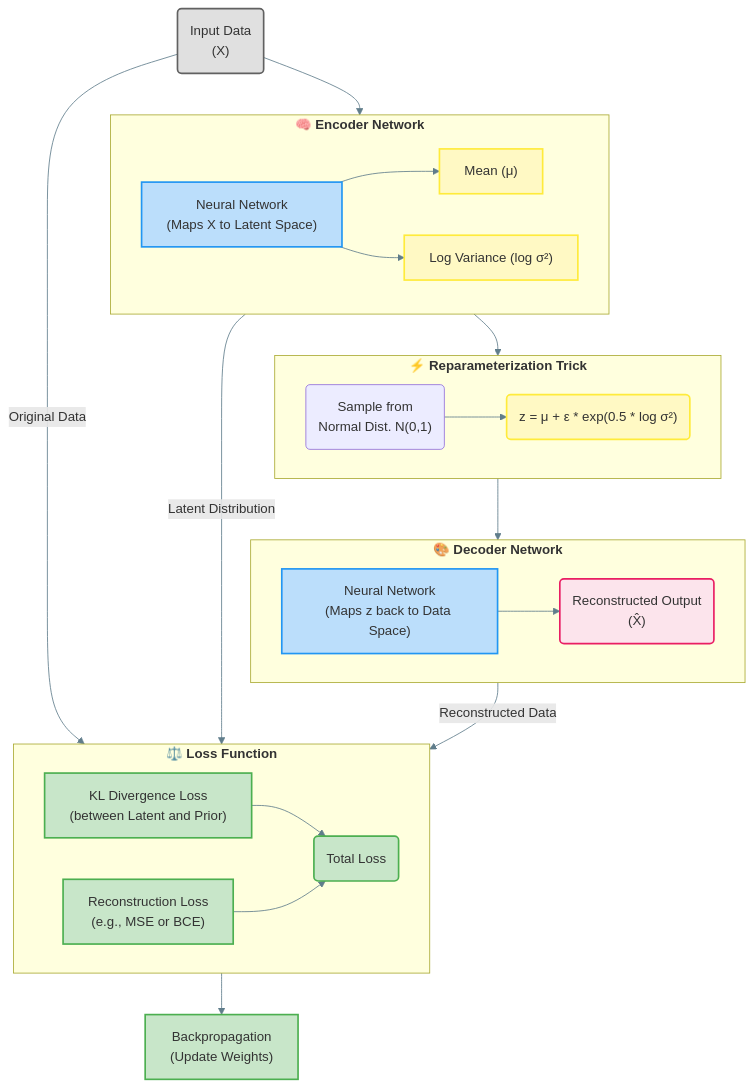
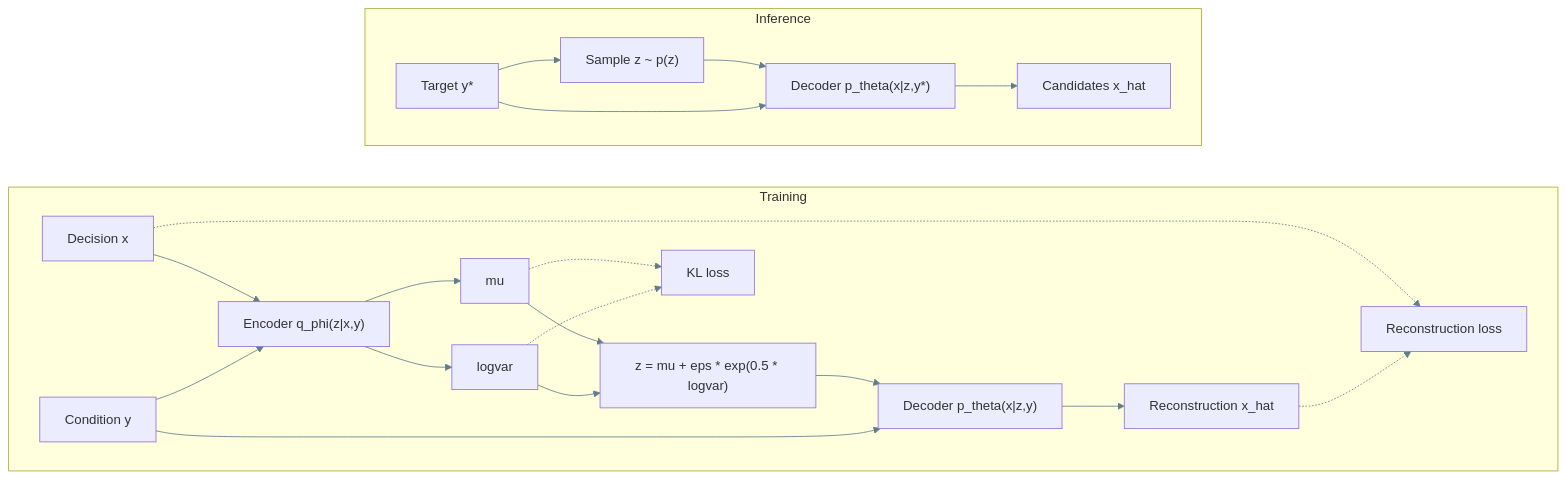
Before and after one commit to Nicola-Ibrahim/Tracing-Objectives-Backwards: the diagram in docs/modeling/conditional-vae.md, drawn with Mermaid. The commit also changed other lines of this file and 3 other files, not shown here.

Commit message:
Refactor documentation: add Conditional VAE and Mixture Density Network estimators; remove obsolete MDN inverse mapping process

````diff
--- a/docs/modeling/conditional-vae.md
+++ b/docs/modeling/conditional-vae.md
@@ -173,67 +25,44 @@
 ```mermaid
 %%{init: {
   "theme": "default",
   "themeVariables": {
     "primaryColor": "#E3F2FD",
-    "primaryBorderColor": "#0091EA",
-    "primaryTextColor": "#1976D2",
+    "primaryBorderColor": "#1E88E5",
+    "primaryTextColor": "#1565C0",
     "secondaryColor": "#E8F5E9",
-    "secondaryBorderColor": "#4CAF50",
-    "secondaryTextColor": "#1B5E20",
-    "tertiaryColor": "#FFFDE7",
-    "tertiaryBorderColor": "#FFC107",
-    "tertiaryTextColor": "#E65100",
+    "secondaryBorderColor": "#43A047",
+    "secondaryTextColor": "#2E7D32",
+    "tertiaryColor": "#FFF8E1",
+    "tertiaryBorderColor": "#FB8C00",
+    "tertiaryTextColor": "#EF6C00",
     "lineColor": "#607D8B",
     "fontFamily": "Segoe UI, sans-serif",
-    "fontSize": "16px",
-    "nodeSpacing": 50,
-    "rankSpacing": 100
+    "fontSize": "16px"
   }
 }}%%
-graph TD
-    classDef input fill:#E0E0E0,stroke:#616161,stroke-width:2px;
-    classDef layer fill:#BBDEFB,stroke:#2196F3,stroke-width:2px;
-    classDef process fill:#C8E6C9,stroke:#4CAF50,stroke-width:2px;
-    classDef latent fill:#FFF9C4,stroke:#FFEB3B,stroke-width:2px;
-    classDef output fill:#FCE4EC,stroke:#E91E63,stroke-width:2px;
+flowchart LR
+  subgraph TRAIN["Training"]
+    direction LR
+    x_in["Decision x"] --> enc["Encoder q_phi(z|x,y)"]
+    y_in["Condition y"] --> enc
+    enc --> mu["mu"]
+    enc --> logvar["logvar"]
+    mu --> reparam["z = mu + eps * exp(0.5 * logvar)"]
+    logvar --> reparam
+    reparam --> dec["Decoder p_theta(x|z,y)"]
+    y_in --> dec
+    dec --> x_hat["Reconstruction x_hat"]
+    x_in -.-> recon_loss["Reconstruction loss"]
+    x_hat -.-> recon_loss
+    mu -.-> kl_loss["KL loss"]
+    logvar -.-> kl_loss
+  end
 
-    A("Input Data<br>(X)"):::input
-    
-    subgraph S1["<b>🧠 Encoder Network</b>"]
-        direction LR
-        B["Neural Network<br>(Maps X to Latent Space)"]:::layer
-        B --> C1["Mean (μ)"]:::latent
-        B --> C2["Log Variance (log σ²)"]:::latent
-    end
-    
-    subgraph S2["<b>⚡ Reparameterization Trick</b>"]
-        direction LR
-        E("z = μ + ε * exp(0.5 * log σ²)"):::latent
-        D("Sample from<br>Normal Dist. N(0,1)") --> E
-    end
-    
-    subgraph S3["<b>🎨 Decoder Network</b>"]
-        direction LR
-        F["Neural Network<br>(Maps z back to Data Space)"]:::layer
-        F --> G("Reconstructed Output<br>(X̂)"):::output
-    end
-
-    subgraph S4["<b>⚖️ Loss Function</b>"]
-        direction LR
-        H["KL Divergence Loss<br>(between Latent and Prior)"]:::process
-        I["Reconstruction Loss<br>(e.g., MSE or BCE)"]:::process
-        H --> J("Total Loss"):::process
-        I --> J
-    end
-    
-    A --> S1
-    S1 --> S2
-    S2 --> S3
-    
-    A -- Original Data --> I
-    G -- Reconstructed Data --> I
-    
-    S1 -- Latent Distribution --> H
-    
-    J --> K["Backpropagation<br>(Update Weights)"]:::process
+  subgraph INFER["Inference"]
+    direction LR
+    y_star["Target y*"] --> prior["Sample z ~ p(z)"]
+    prior --> dec_inf["Decoder p_theta(x|z,y*)"]
+    y_star --> dec_inf
+    dec_inf --> x_star["Candidates x_hat"]
+  end
 ```
````
